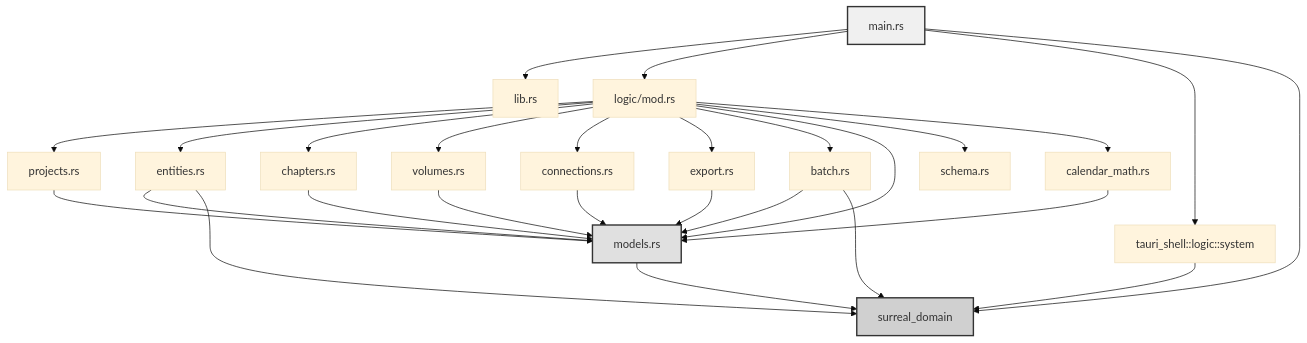
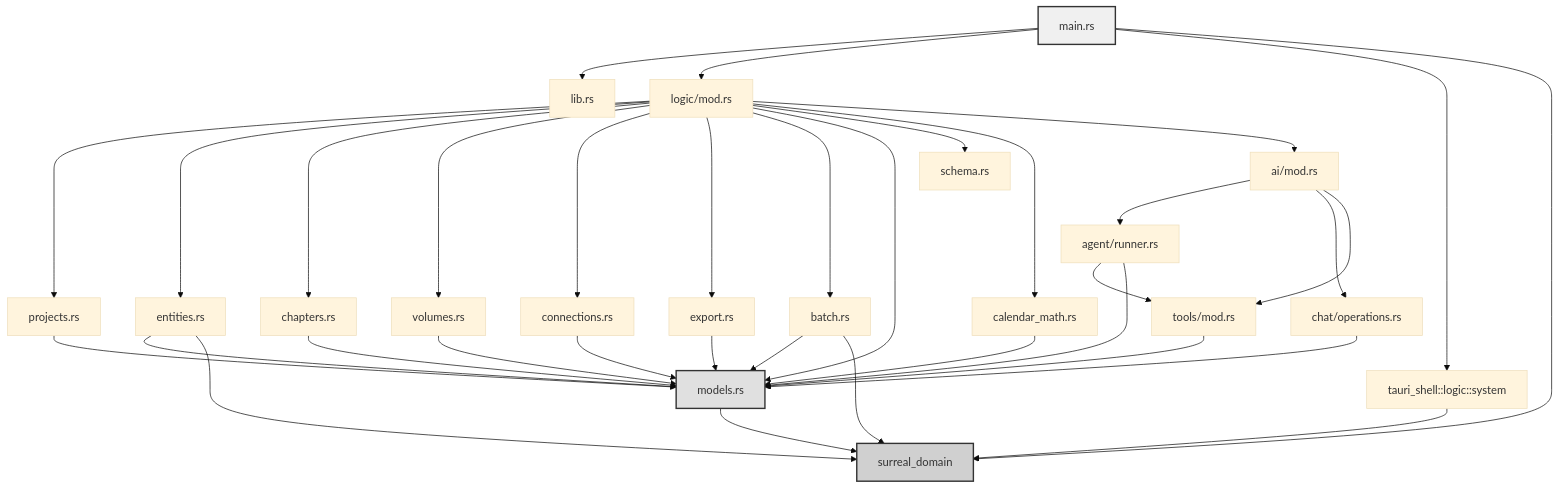
The first of 17 diagrams in src-tauri/src/README_src.md (nagisokyn-prog/WorldWiki), drawn with Mermaid (base theme) before and after one commit. The commit also changed other lines of this file and 25 other files, not shown here.

````diff
--- a/src-tauri/src/README_src.md
+++ b/src-tauri/src/README_src.md
@@ -224,37 +382,46 @@
 ```mermaid
-graph TD
+flowchart TD
     main[main.rs] --> lib[lib.rs]
     main --> logic_mod[logic/mod.rs]
     main --> tauri_shell[tauri_shell::logic::system]
     main --> surreal_domain[surreal_domain]
     
     logic_mod --> projects[projects.rs]
     logic_mod --> entities[entities.rs]
     logic_mod --> chapters[chapters.rs]
     logic_mod --> volumes[volumes.rs]
     logic_mod --> connections[connections.rs]
     logic_mod --> export[export.rs]
     logic_mod --> batch[batch.rs]
     logic_mod --> models[models.rs]
     logic_mod --> schema[schema.rs]
     logic_mod --> calendar[calendar_math.rs]
+    logic_mod --> ai[ai/mod.rs]
+    
+    ai --> ai_agent[agent/runner.rs]
+    ai --> ai_chat[chat/operations.rs]
+    ai --> ai_tools[tools/mod.rs]
+    ai_agent --> ai_tools
+    ai_agent --> models
+    ai_chat --> models
+    ai_tools --> models
     
     projects --> models
     entities --> models
     chapters --> models
     volumes --> models
     connections --> models
     export --> models
     batch --> models
     calendar --> models
     
     models --> surreal_domain
     entities --> surreal_domain
     batch --> surreal_domain
     
     tauri_shell --> surreal_domain
     
     style main fill:#f0f0f0,stroke:#333,stroke-width:2px
     style models fill:#e0e0e0,stroke:#333,stroke-width:2px
     style surreal_domain fill:#d0d0d0,stroke:#333,stroke-width:2px
 ```
````
